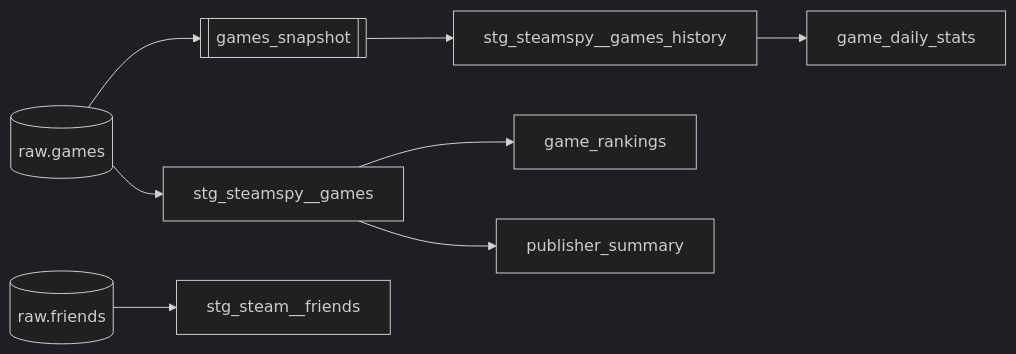
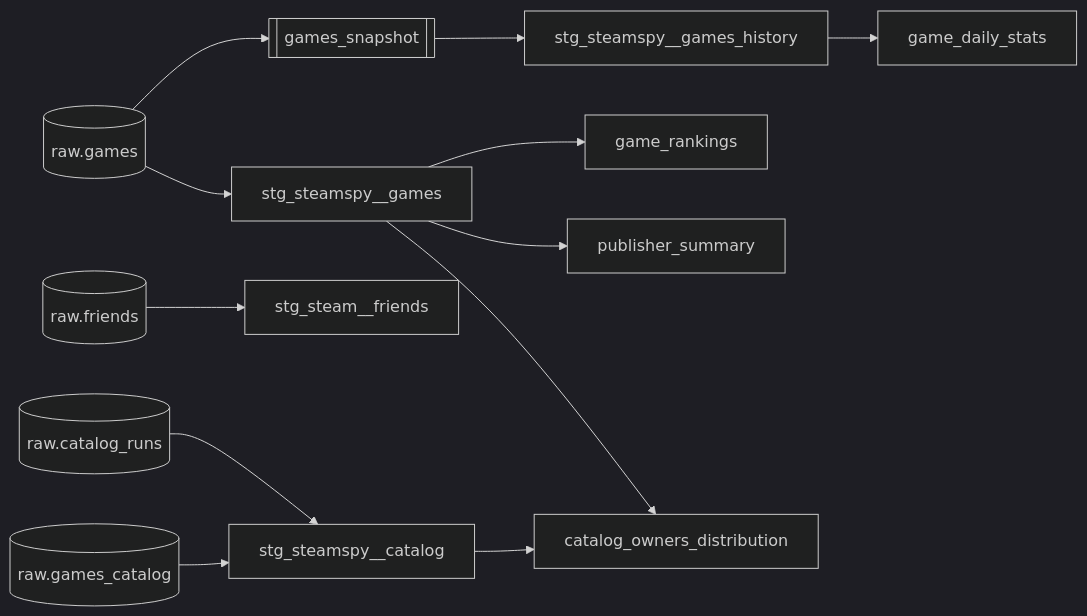
One commit to dang2b/steam-analytics changed the second of 2 diagrams in README.md. Above: the diagram before and after it, drawn with Mermaid (dark theme). The commit also changed other lines of this file, not shown here.

````diff
--- a/README.md
+++ b/README.md
@@ -86,10 +87,14 @@
 ```mermaid
 flowchart LR
     g[(raw.games)] --> sg[stg_steamspy__games]
     g --> snap[[games_snapshot]]
     snap --> sh[stg_steamspy__games_history]
     f[(raw.friends)] --> sf[stg_steam__friends]
+    c[(raw.games_catalog)] --> sc[stg_steamspy__catalog]
+    cr[(raw.catalog_runs)] --> sc
     sg --> gr[game_rankings]
     sg --> ps[publisher_summary]
     sh --> ds[game_daily_stats]
+    sc --> co[catalog_owners_distribution]
+    sg --> co
 ```
````
